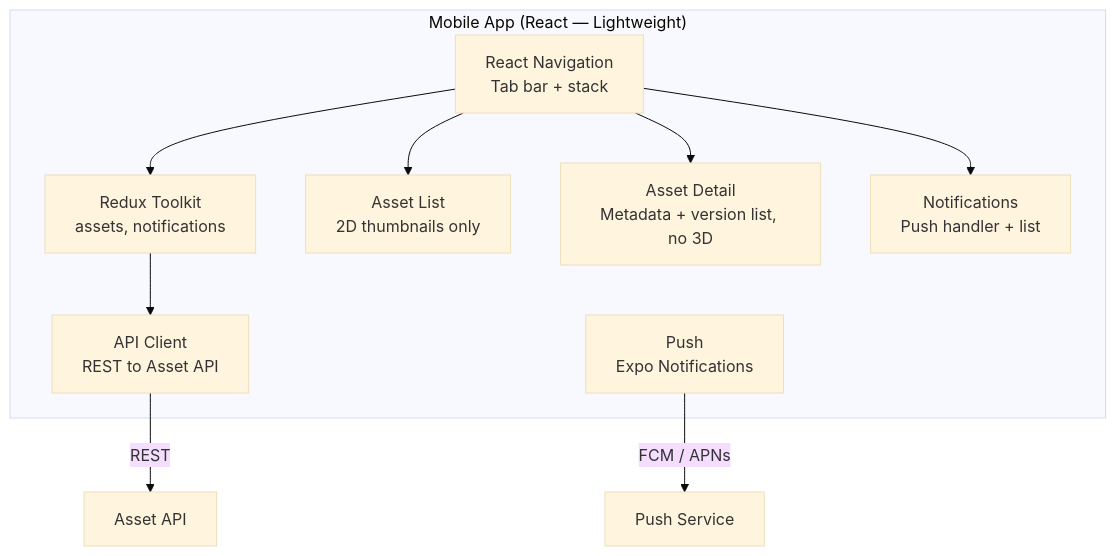
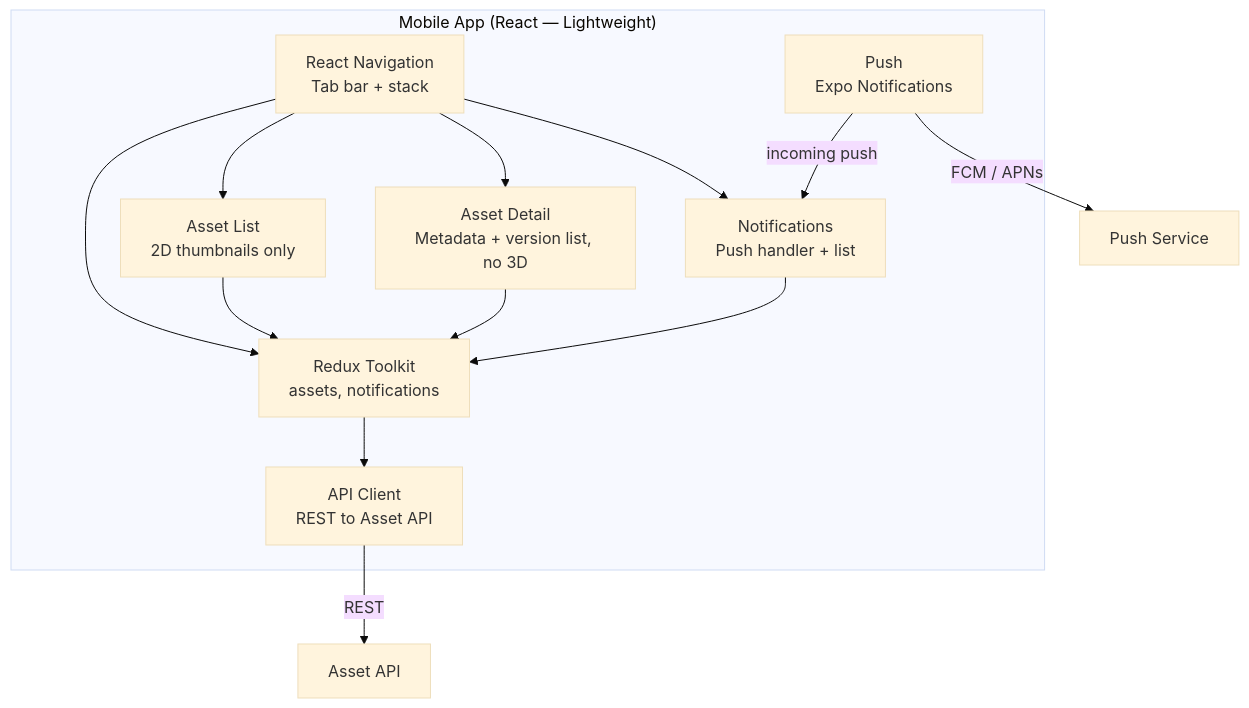
Before and after one commit to Eyolf6Coyote7/Eyolf6Coyote7: the seventh of 13 diagrams in 3d_asset_collaboration/docs/system_architecture.md, drawn with Mermaid (base theme). The commit also changed other lines of this file, not shown here.

````diff
--- a/3d_asset_collaboration/docs/system_architecture.md
+++ b/3d_asset_collaboration/docs/system_architecture.md
@@ -260,20 +267,24 @@
 ```mermaid
 graph TD
   subgraph "Mobile App (React — Lightweight)"
     NAV_M[React Navigation<br/>Tab bar + stack]
     STORE_M[Redux Toolkit<br/>assets, notifications]
     LIST[Asset List<br/>2D thumbnails only]
     DETAIL[Asset Detail<br/>Metadata + version list, no 3D]
     NOTIF_M[Notifications<br/>Push handler + list]
     API_M[API Client<br/>REST to Asset API]
     PUSH_M[Push<br/>Expo Notifications]
   end
 
   NAV_M --> STORE_M
   NAV_M --> LIST
   NAV_M --> DETAIL
   NAV_M --> NOTIF_M
+  LIST --> STORE_M
+  DETAIL --> STORE_M
+  NOTIF_M --> STORE_M
+  PUSH_M -->|incoming push| NOTIF_M
   STORE_M --> API_M
   API_M -->|REST| ASSET_API[Asset API]
   PUSH_M -->|FCM / APNs| CLOUD[Push Service]
 ```
````
